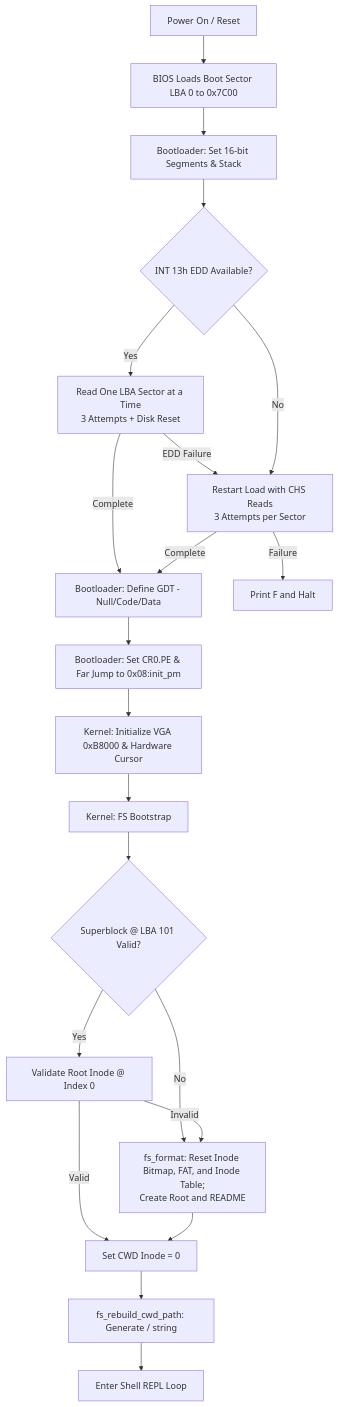
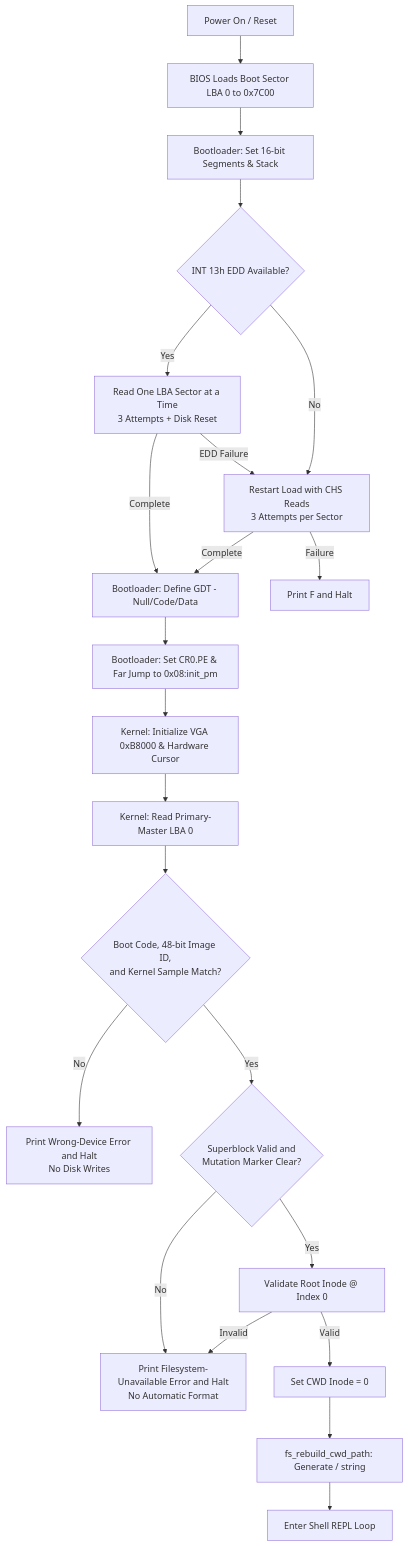
Before and after one commit to charlestsaur/MINI-OS: the first of 8 diagrams in docs/Flowchart.md, drawn with Mermaid. The commit also changed other lines of this file and 27 other files, not shown here.

First line of the commit message:
fix(filesystem): harden filesystem mutations and image updates

````diff
--- a/docs/Flowchart.md
+++ b/docs/Flowchart.md
@@ -9,23 +9,24 @@
 ```mermaid
 graph TD
     A[Power On / Reset] --> B[BIOS Loads Boot Sector LBA 0 to 0x7C00]
     B --> C[Bootloader: Set 16-bit Segments & Stack]
     C --> D{INT 13h EDD Available?}
     D -- Yes --> D1[Read One LBA Sector at a Time<br/>3 Attempts + Disk Reset]
     D1 -- EDD Failure --> D2[Restart Load with CHS Reads<br/>3 Attempts per Sector]
     D -- No --> D2
     D1 -- Complete --> E[Bootloader: Define GDT - Null/Code/Data]
     D2 -- Complete --> E
     D2 -- Failure --> DF[Print F and Halt]
     E --> F[Bootloader: Set CR0.PE & Far Jump to 0x08:init_pm]
     F --> G[Kernel: Initialize VGA 0xB8000 & Hardware Cursor]
-    G --> H[Kernel: FS Bootstrap]
-    H --> I{Superblock @ LBA 101 Valid?}
-    I -- No --> J[fs_format: Reset Inode Bitmap, FAT, and Inode Table;<br/>Create Root and README]
+    G --> H[Kernel: Read Primary-Master LBA 0]
+    H --> HI{Boot Code, 48-bit Image ID,<br/>and Kernel Sample Match?}
+    HI -- No --> HF[Print Wrong-Device Error and Halt<br/>No Disk Writes]
+    HI -- Yes --> I{Superblock Valid and<br/>Mutation Marker Clear?}
+    I -- No --> IF[Print Filesystem-Unavailable Error and Halt<br/>No Automatic Format]
     I -- Yes --> K[Validate Root Inode @ Index 0]
-    K -- Invalid --> J
+    K -- Invalid --> IF
     K -- Valid --> L[Set CWD Inode = 0]
-    J --> L
     L --> M[fs_rebuild_cwd_path: Generate / string]
     M --> N[Enter Shell REPL Loop]
 ```
````
